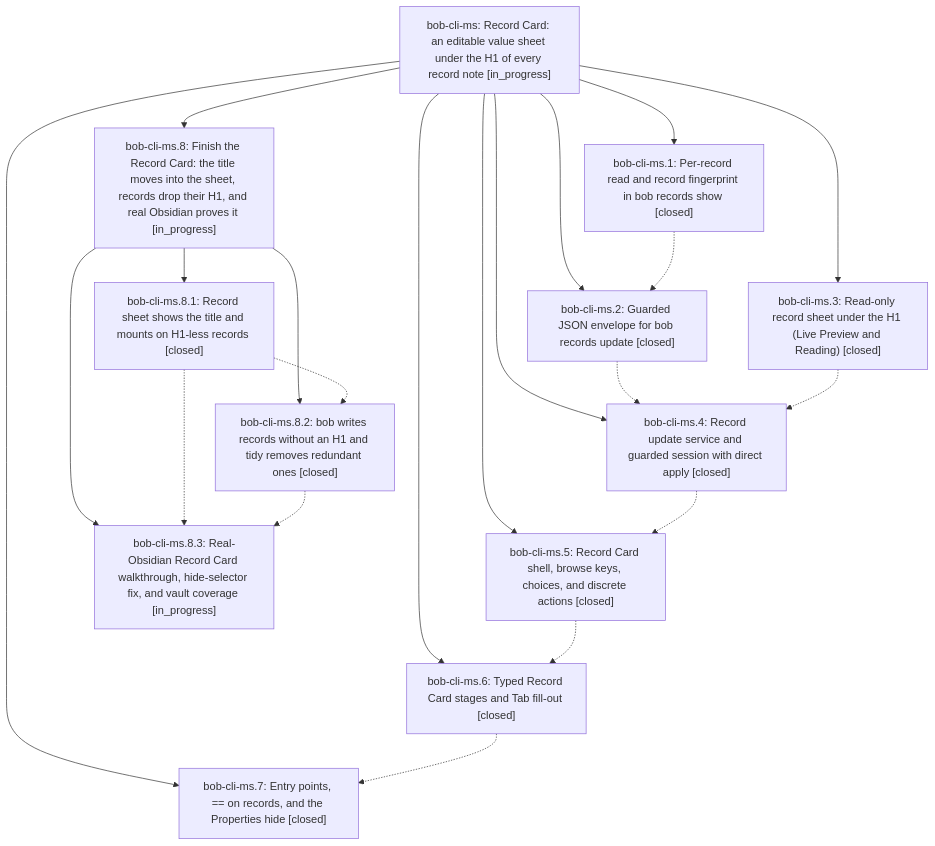
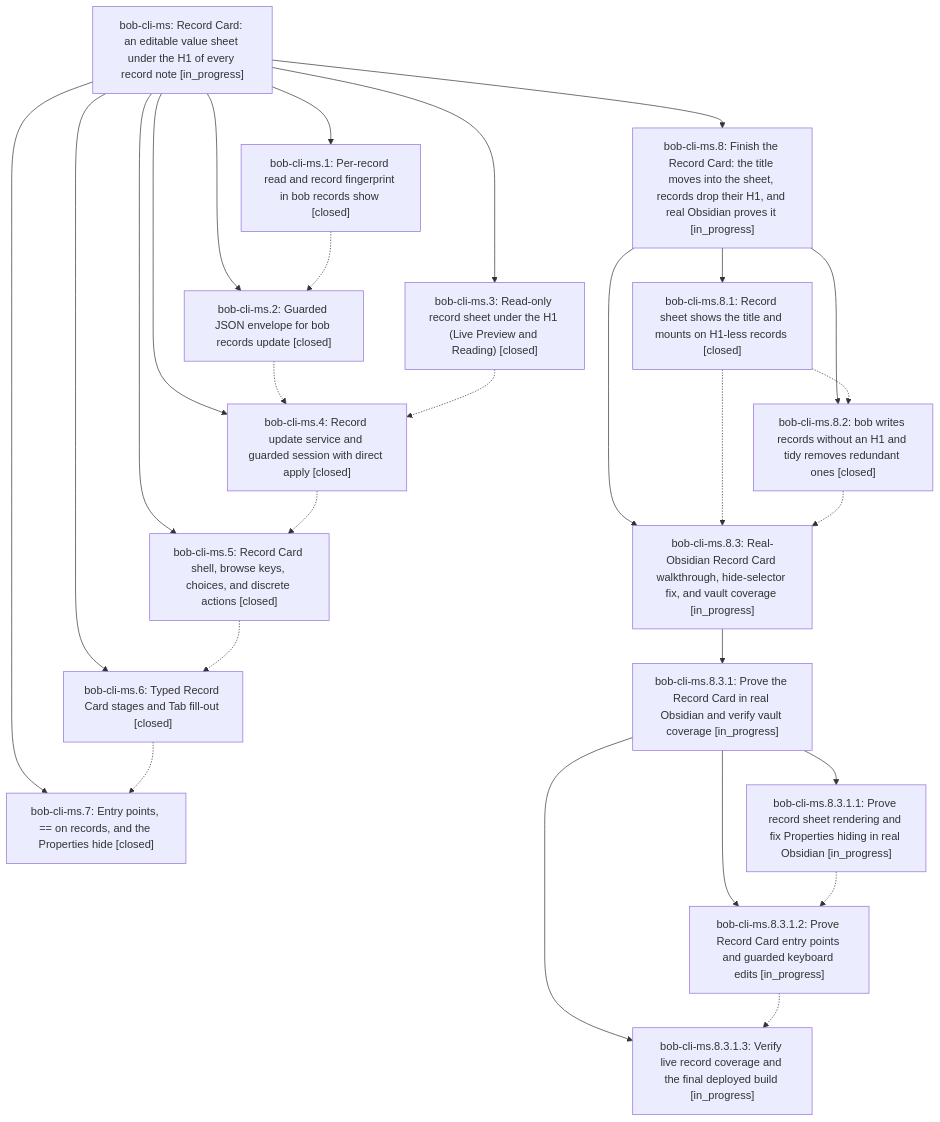
Before and after one commit to bobs-org/bob-cli--beads: the diagram in pages/bob-cli-ms/README.md, drawn with Mermaid. The commit also changed other lines of this file and 13 other files, not shown here.

First line of the commit message:
chore(beads): sync bead state and pages for bob-cli-ms

````diff
--- a/pages/bob-cli-ms/README.md
+++ b/pages/bob-cli-ms/README.md
@@ -82,35 +82,45 @@
 ```mermaid
 flowchart TD
     n0["bob-cli-ms: Record Card: an editable value sheet under the H1 of every record note [in_progress]"]
     n1["bob-cli-ms.1: Per-record read and record fingerprint in bob records show [closed]"]
     n2["bob-cli-ms.2: Guarded JSON envelope for bob records update [closed]"]
     n3["bob-cli-ms.3: Read-only record sheet under the H1 (Live Preview and Reading) [closed]"]
     n4["bob-cli-ms.4: Record update service and guarded session with direct apply [closed]"]
     n5["bob-cli-ms.5: Record Card shell, browse keys, choices, and discrete actions [closed]"]
     n6["bob-cli-ms.6: Typed Record Card stages and Tab fill-out [closed]"]
     n7["bob-cli-ms.7: Entry points, == on records, and the Properties hide [closed]"]
     n8["bob-cli-ms.8: Finish the Record Card: the title moves into the sheet, records drop their H1, and real Obsidian proves it [in_progress]"]
     n9["bob-cli-ms.8.1: Record sheet shows the title and mounts on H1-less records [closed]"]
     n10["bob-cli-ms.8.2: bob writes records without an H1 and tidy removes redundant ones [closed]"]
     n11["bob-cli-ms.8.3: Real-Obsidian Record Card walkthrough, hide-selector fix, and vault coverage [in_progress]"]
+    n12["bob-cli-ms.8.3.1: Prove the Record Card in real Obsidian and verify vault coverage [in_progress]"]
+    n13["bob-cli-ms.8.3.1.1: Prove record sheet rendering and fix Properties hiding in real Obsidian [in_progress]"]
+    n14["bob-cli-ms.8.3.1.2: Prove Record Card entry points and guarded keyboard edits [in_progress]"]
+    n15["bob-cli-ms.8.3.1.3: Verify live record coverage and the final deployed build [in_progress]"]
     n0 --> n1
     n0 --> n2
     n0 --> n3
     n0 --> n4
     n0 --> n5
     n0 --> n6
     n0 --> n7
     n0 --> n8
     n8 --> n9
     n8 --> n10
     n8 --> n11
+    n11 --> n12
+    n12 --> n13
+    n12 --> n14
+    n12 --> n15
     n1 -.-> n2
     n2 -.-> n4
     n3 -.-> n4
     n4 -.-> n5
     n5 -.-> n6
     n6 -.-> n7
     n9 -.-> n10
     n9 -.-> n11
     n10 -.-> n11
+    n13 -.-> n14
+    n14 -.-> n15
 ```
````
